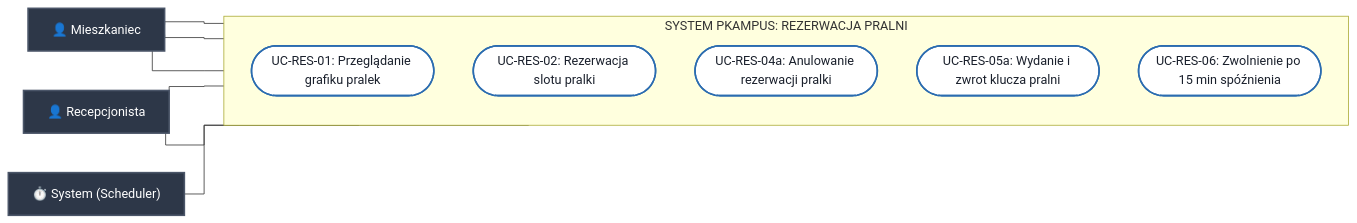
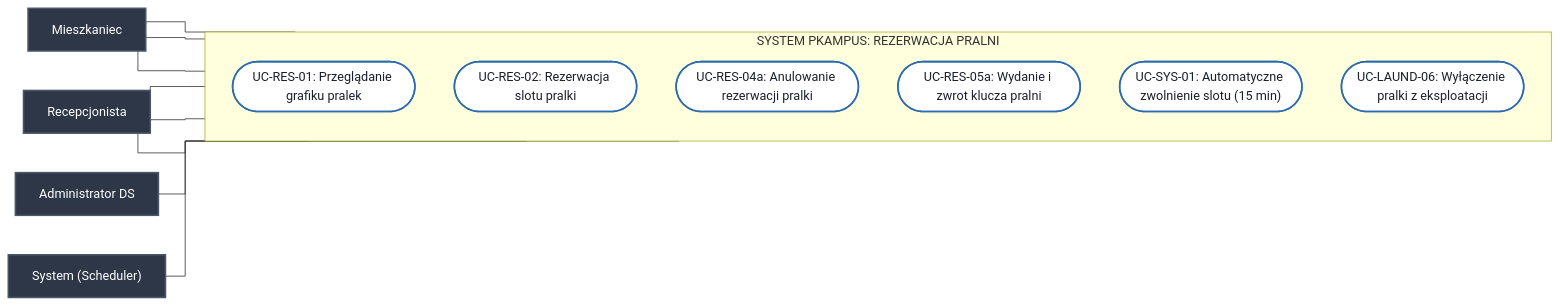
Before and after one commit to Buczy8/PKampus: the third of 8 diagrams in Docs/Diagramy_Przypadkow_Uzycia.md, drawn with Mermaid. The commit also changed other lines of this file and 3 other files, not shown here.

Commit message:
docs: update use case and sequence diagrams for PKampus system, improve clarity and consistency

````diff
--- a/Docs/Diagramy_Przypadkow_Uzycia.md
+++ b/Docs/Diagramy_Przypadkow_Uzycia.md
@@ -104,28 +105,32 @@
 ```mermaid
 %%{init: {'flowchart': {'curve': 'stepBefore'}}}%%
 flowchart LR
     classDef actorStyle fill:#2d3748,stroke:#4a5568,stroke-width:2px,color:#fff;
     classDef ucStyle fill:#fff,stroke:#2b6cb0,stroke-width:2px,color:#1a202c;
 
-    Student["👤 Mieszkaniec"]:::actorStyle
+    Student["Mieszkaniec"]:::actorStyle
 
     subgraph System_Laundry ["SYSTEM PKAMPUS: REZERWACJA PRALNI"]
         direction TB
         UC_LAUND_01(["UC-RES-01: Przeglądanie grafiku pralek"]):::ucStyle
         UC_LAUND_02(["UC-RES-02: Rezerwacja slotu pralki"]):::ucStyle
         UC_LAUND_03(["UC-RES-04a: Anulowanie rezerwacji pralki"]):::ucStyle
         UC_LAUND_04(["UC-RES-05a: Wydanie i zwrot klucza pralni"]):::ucStyle
-        UC_LAUND_05(["UC-RES-06: Zwolnienie po 15 min spóźnienia"]):::ucStyle
+        UC_LAUND_05(["UC-SYS-01: Automatyczne zwolnienie slotu (15 min)"]):::ucStyle
+        UC_LAUND_06(["UC-LAUND-06: Wyłączenie pralki z eksploatacji"]):::ucStyle
     end
 
-    Portier["👤 Recepcjonista"]:::actorStyle
-    Sys["⏱️ System (Scheduler)"]:::actorStyle
+    Portier["Recepcjonista"]:::actorStyle
+    AdminDS["Administrator DS"]:::actorStyle
+    Sys["System (Scheduler)"]:::actorStyle
 
     Student --- UC_LAUND_01
     Student --- UC_LAUND_02
     Student --- UC_LAUND_03
 
     Portier --- UC_LAUND_04
     Portier --- UC_LAUND_05
+    Portier --- UC_LAUND_06
+    AdminDS --- UC_LAUND_06
     Sys --- UC_LAUND_05
 ```
````
